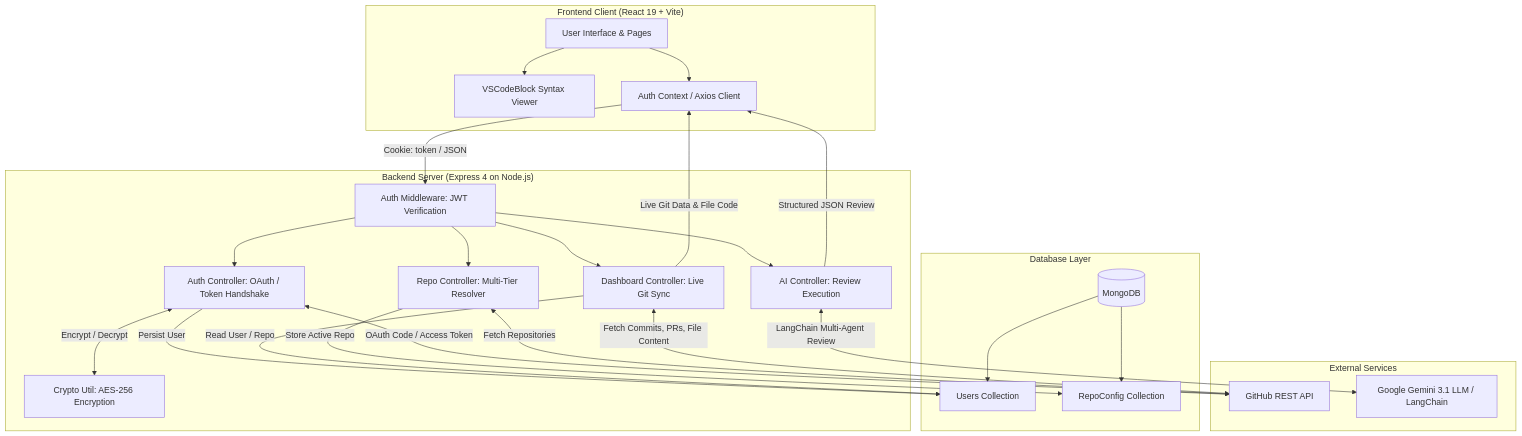
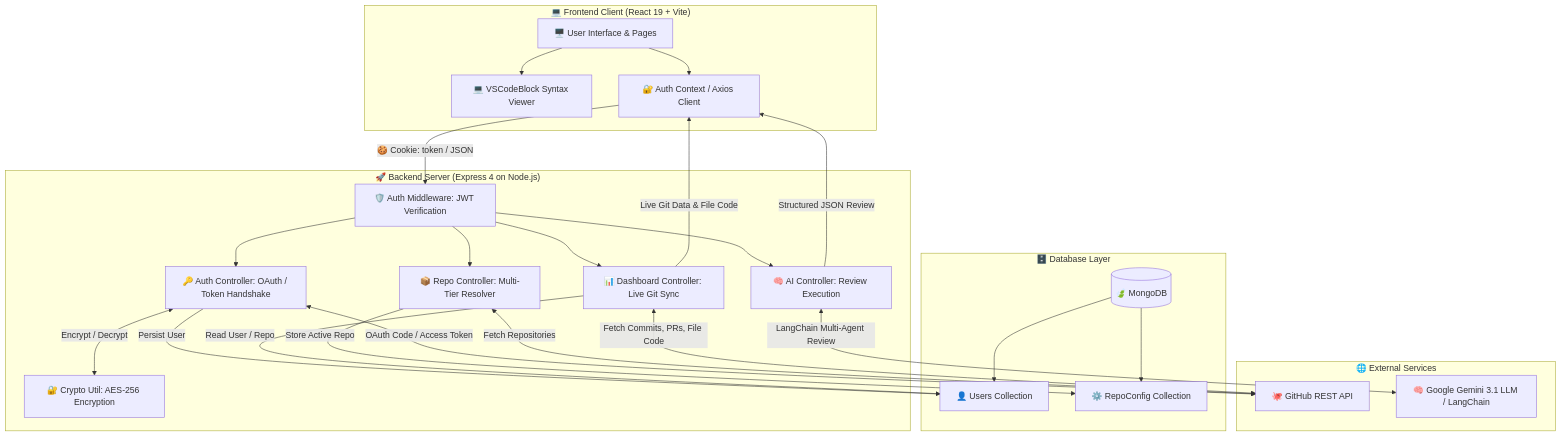
Before and after one commit to Adarsh10-coder/ReviseIQ: the first of 3 diagrams in README.md, drawn with Mermaid. The commit also changed other lines of this file, not shown here.

````diff
--- a/README.md
+++ b/README.md
@@ -129,55 +140,55 @@
 ```mermaid
 flowchart TD
-    subgraph Client["Frontend Client (React 19 + Vite)"]
-        UI[User Interface & Pages]
-        VSC[VSCodeBlock Syntax Viewer]
-        Ctx[Auth Context / Axios Client]
+    subgraph Client["💻 Frontend Client (React 19 + Vite)"]
+        UI[🖥️ User Interface & Pages]
+        VSC[💻 VSCodeBlock Syntax Viewer]
+        Ctx[🔐 Auth Context / Axios Client]
         UI --> VSC
         UI --> Ctx
     end
 
-    subgraph Server["Backend Server (Express 4 on Node.js)"]
-        AuthMid[Auth Middleware: JWT Verification]
-        AuthCtrl[Auth Controller: OAuth / Token Handshake]
-        RepoCtrl[Repo Controller: Multi-Tier Resolver]
-        DashCtrl[Dashboard Controller: Live Git Sync]
-        AICtrl[AI Controller: Review Execution]
-        Crypto[Crypto Util: AES-256 Encryption]
+    subgraph Server["🚀 Backend Server (Express 4 on Node.js)"]
+        AuthMid[🛡️ Auth Middleware: JWT Verification]
+        AuthCtrl[🔑 Auth Controller: OAuth / Token Handshake]
+        RepoCtrl[📦 Repo Controller: Multi-Tier Resolver]
+        DashCtrl[📊 Dashboard Controller: Live Git Sync]
+        AICtrl[🧠 AI Controller: Review Execution]
+        Crypto[🔐 Crypto Util: AES-256 Encryption]
     end
 
-    subgraph Data["Database Layer"]
-        Mongo[(MongoDB)]
-        UColl[Users Collection]
-        RColl[RepoConfig Collection]
+    subgraph Data["🗄️ Database Layer"]
+        Mongo[(🍃 MongoDB)]
+        UColl[👤 Users Collection]
+        RColl[⚙️ RepoConfig Collection]
         Mongo --> UColl
         Mongo --> RColl
     end
 
-    subgraph External["External Services"]
-        GH[GitHub REST API]
-        Gemini[Google Gemini 3.1 LLM / LangChain]
+    subgraph External["🌐 External Services"]
+        GH[🐙 GitHub REST API]
+        Gemini[🧠 Google Gemini 3.1 LLM / LangChain]
     end
 
     %% Client to Server
-    Ctx -->|Cookie: token / JSON| AuthMid
+    Ctx -->|🍪 Cookie: token / JSON| AuthMid
     AuthMid --> AuthCtrl
     AuthMid --> RepoCtrl
     AuthMid --> DashCtrl
     AuthMid --> AICtrl
 
     %% Server to DB
     AuthCtrl -->|Persist User| UColl
     RepoCtrl -->|Store Active Repo| RColl
     DashCtrl -->|Read User / Repo| UColl
     AuthCtrl <-->|Encrypt / Decrypt| Crypto
 
     %% Server to External
     AuthCtrl <-->|OAuth Code / Access Token| GH
     RepoCtrl <-->|Fetch Repositories| GH
-    DashCtrl <-->|Fetch Commits, PRs, File Content| GH
+    DashCtrl <-->|Fetch Commits, PRs, File Code| GH
     AICtrl <-->|LangChain Multi-Agent Review| Gemini
 
     %% Responses
     AICtrl -->|Structured JSON Review| Ctx
     DashCtrl -->|Live Git Data & File Code| Ctx
 ```
````
